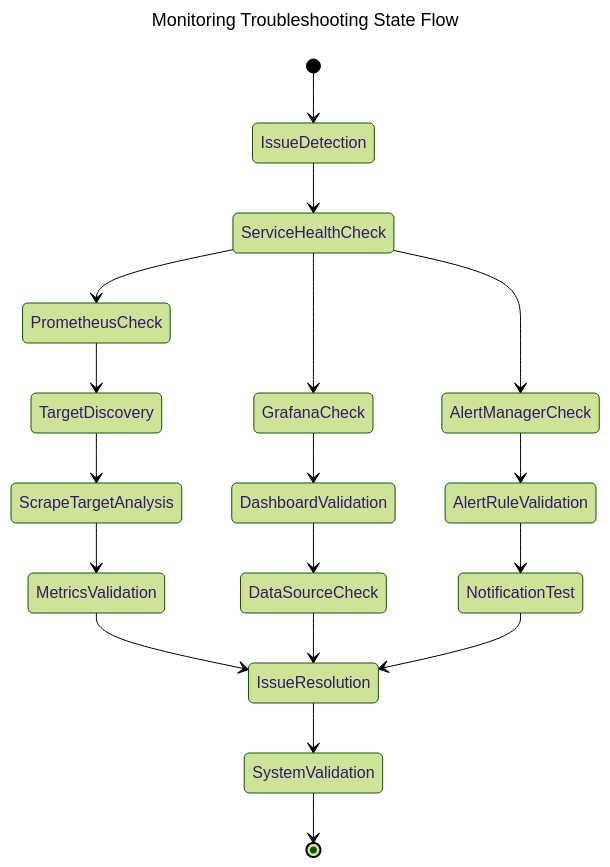
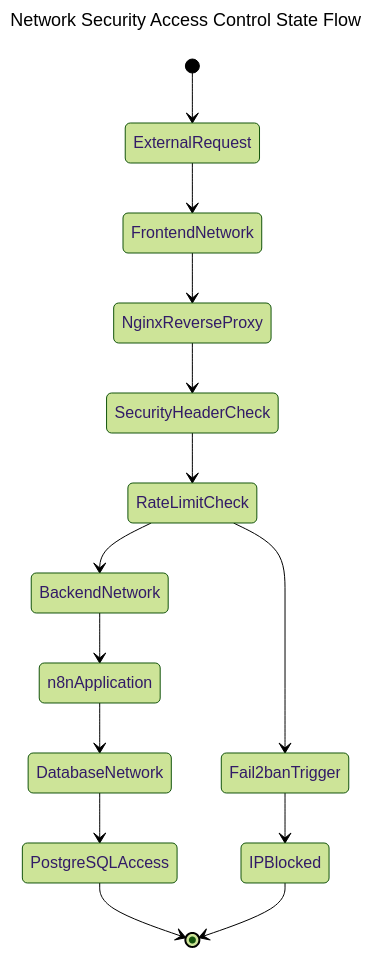
Diagram 28 of 32 in docs/designs/use_cases.md (RustedVikingOG/n8n_docker_stack), drawn with Mermaid (forest theme) before and after one commit. The commit also changed other lines of this file and 2 other files, not shown here.

````diff
--- a/docs/designs/use_cases.md
+++ b/docs/designs/use_cases.md
@@ -1459,23 +1146,20 @@
 ```mermaid
 ---
-title: Monitoring Troubleshooting State Flow
+title: Network Security Access Control State Flow
 ---
 stateDiagram-v2
-    [*] --> IssueDetection
-    IssueDetection --> ServiceHealthCheck
-    ServiceHealthCheck --> PrometheusCheck
-    ServiceHealthCheck --> GrafanaCheck
-    ServiceHealthCheck --> AlertManagerCheck
-    PrometheusCheck --> TargetDiscovery
-    TargetDiscovery --> ScrapeTargetAnalysis
-    ScrapeTargetAnalysis --> MetricsValidation
-    GrafanaCheck --> DashboardValidation
-    DashboardValidation --> DataSourceCheck
-    AlertManagerCheck --> AlertRuleValidation
-    AlertRuleValidation --> NotificationTest
-    MetricsValidation --> IssueResolution
-    DataSourceCheck --> IssueResolution
-    NotificationTest --> IssueResolution
-    IssueResolution --> SystemValidation
-    SystemValidation --> [*]
+    [*] --> ExternalRequest
+    ExternalRequest --> FrontendNetwork
+    FrontendNetwork --> NginxReverseProxy
+    NginxReverseProxy --> SecurityHeaderCheck
+    SecurityHeaderCheck --> RateLimitCheck
+    RateLimitCheck --> BackendNetwork
+    BackendNetwork --> n8nApplication
+    n8nApplication --> DatabaseNetwork
+    DatabaseNetwork --> PostgreSQLAccess
+    PostgreSQLAccess --> [*]
+    
+    RateLimitCheck --> Fail2banTrigger
+    Fail2banTrigger --> IPBlocked
+    IPBlocked --> [*]
 ```
````
